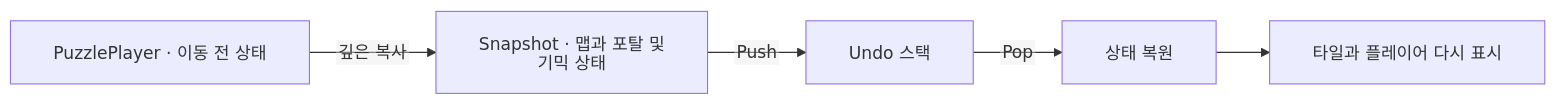
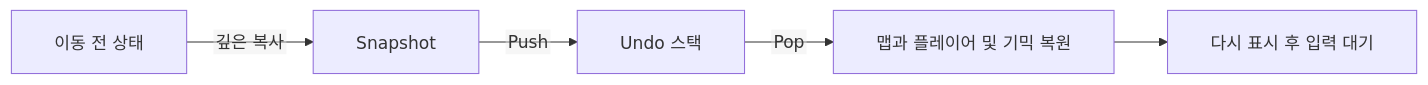
Before and after one commit to 1Seong/EulerianAurora: the second of 2 diagrams in portfolio/gameplay/README.md, drawn with Mermaid. The commit also changed other lines of this file and 1 other file, not shown here.

Commit message:
docs: show puzzle gameplay loop before undo details

````diff
--- a/portfolio/gameplay/README.md
+++ b/portfolio/gameplay/README.md
@@ -9,8 +107,8 @@
 ```mermaid
 %%{init: {"htmlLabels": false, "themeVariables": {"fontFamily": "Arial, sans-serif"}, "flowchart": {"padding": 20, "diagramPadding": 20}, "sequence": {"diagramMarginX": 24, "diagramMarginY": 16, "wrap": true}}}%%
 flowchart LR
-  P["PuzzlePlayer · 이동 전 상태"] -->|깊은 복사| M["Snapshot · 맵과 포탈 및 기믹 상태"]
+  P["이동 전 상태"] -->|깊은 복사| M["Snapshot"]
   M -->|Push| S["Undo 스택"]
-  S -->|Pop| R["상태 복원"]
-  R --> V["타일과 플레이어 다시 표시"]
+  S -->|Pop| R["맵과 플레이어 및 기믹 복원"]
+  R --> V["다시 표시 후 입력 대기"]
 ```
````
